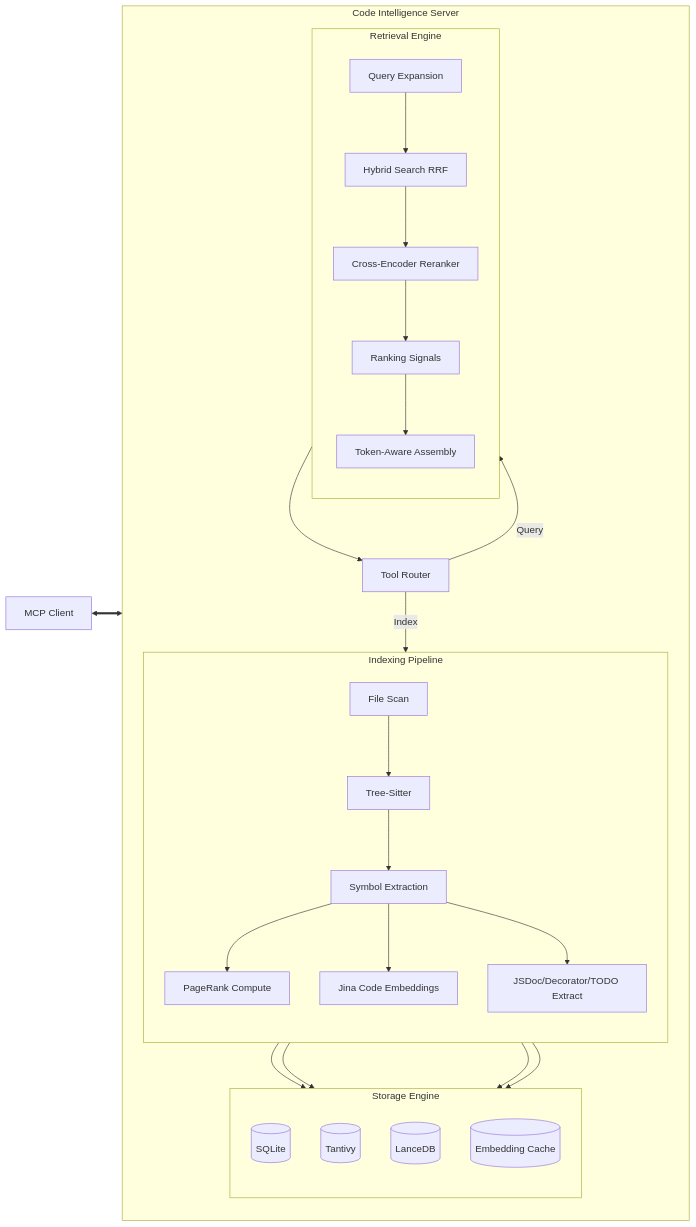
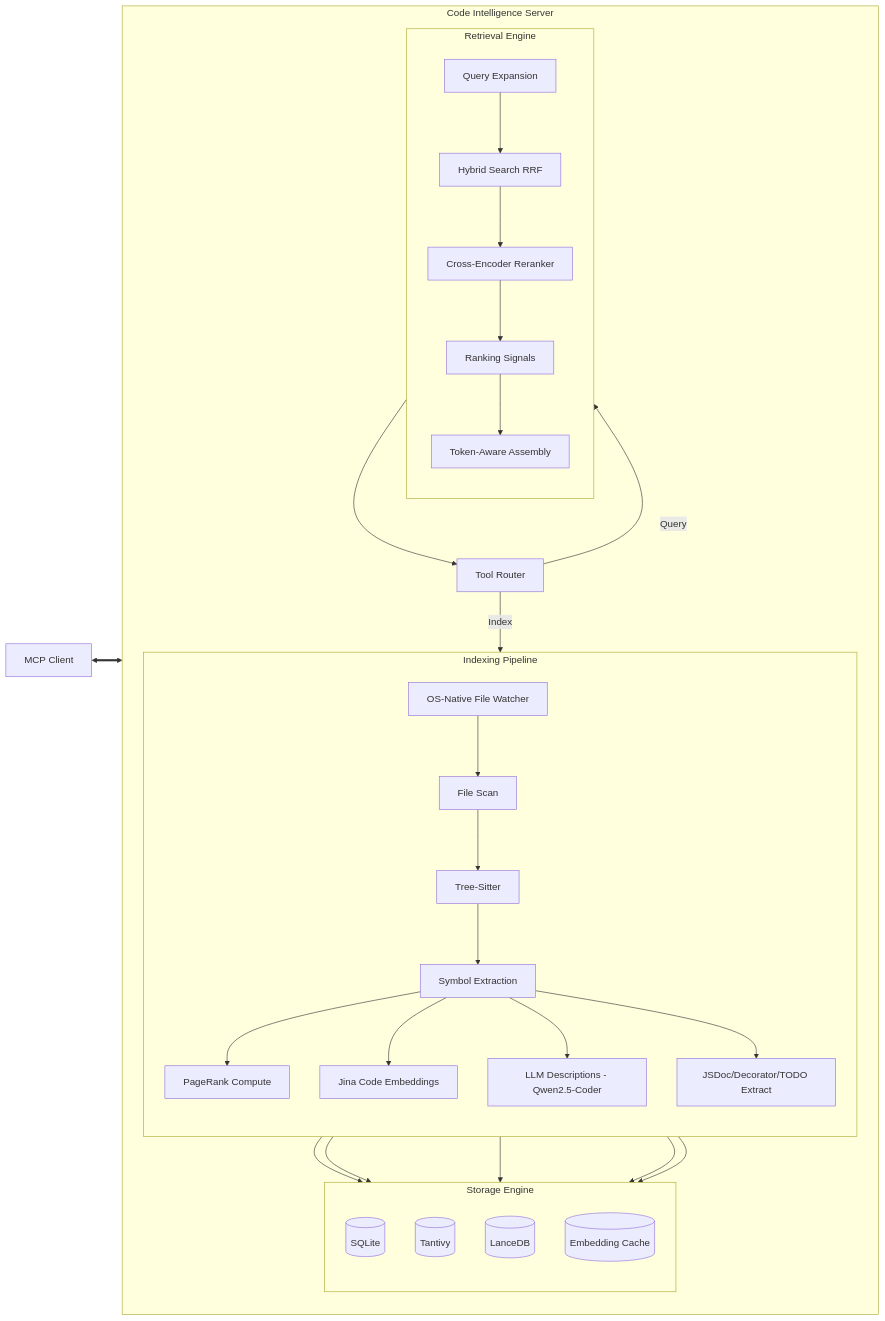
The second of 2 diagrams in README.md (iceinvein/code_intelligence_mcp_server), drawn with Mermaid before and after one commit. The commit also changed other lines of this file, not shown here.

First line of the commit message:
docs: update README with latest features and architecture

````diff
--- a/README.md
+++ b/README.md
@@ -382,49 +380,52 @@
 ```mermaid
 flowchart LR
   Client[MCP Client] <==> Tools
 
   subgraph Server [Code Intelligence Server]
     direction TB
     Tools[Tool Router]
 
     subgraph Indexer [Indexing Pipeline]
       direction TB
-      Scan[File Scan] --> Parse[Tree-Sitter]
+      Watch[OS-Native File Watcher] --> Scan[File Scan]
+      Scan --> Parse[Tree-Sitter]
       Parse --> Extract[Symbol Extraction]
       Extract --> PageRank[PageRank Compute]
       Extract --> Embed[Jina Code Embeddings]
+      Extract --> LLMDesc[LLM Descriptions - Qwen2.5-Coder]
       Extract --> JSDoc[JSDoc/Decorator/TODO Extract]
     end
 
     subgraph Storage [Storage Engine]
       direction TB
       SQLite[(SQLite)]
       Tantivy[(Tantivy)]
       Lance[(LanceDB)]
       Cache[(Embedding Cache)]
     end
 
     subgraph Retrieval [Retrieval Engine]
       direction TB
       QueryExpand[Query Expansion]
       Hybrid[Hybrid Search RRF]
       Rerank[Cross-Encoder Reranker]
       Signals[Ranking Signals]
       Context[Token-Aware Assembly]
     end
 
     %% Data Flow
-    Tools -- Index --> Scan
+    Tools -- Index --> Watch
     PageRank --> SQLite
     Embed --> Lance
     Embed --> Cache
+    LLMDesc --> SQLite
     JSDoc --> SQLite
 
     Tools -- Query --> QueryExpand
     QueryExpand --> Hybrid
     Hybrid --> Rerank
     Rerank --> Signals
     Signals --> Context
     Context --> Tools
   end
 ```
````
